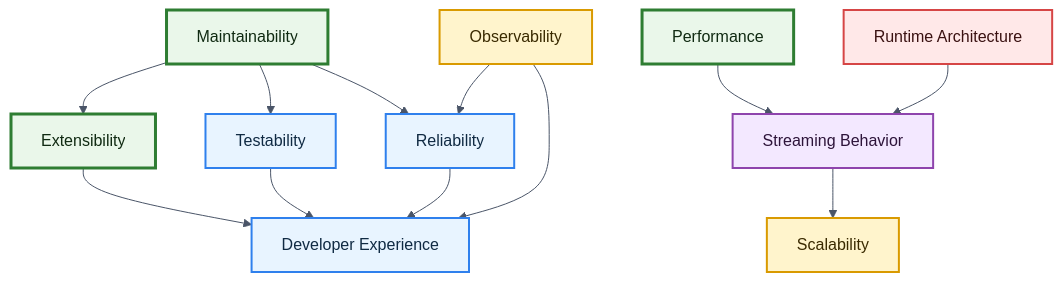
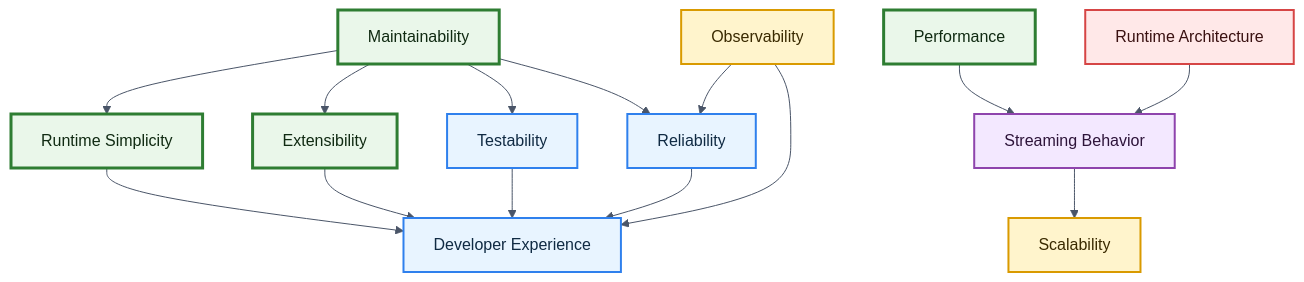
One commit to namanSR-dev/voxcore changed the second of 2 diagrams in docs/02-system-architecture/02-quality-attributes.md. Above: the diagram before and after it, drawn with Mermaid. The commit also changed other lines of this file and 10 other files, not shown here.

Commit message:
docs(architecture): define VoxCore system architecture

````diff
--- a/docs/02-system-architecture/02-quality-attributes.md
+++ b/docs/02-system-architecture/02-quality-attributes.md
@@ -259,34 +327,37 @@
 ```mermaid
 %%{init: {"theme": "base", "themeVariables": {"primaryColor": "#F7FAFC", "primaryTextColor": "#102A43", "primaryBorderColor": "#4A5568", "lineColor": "#4A5568", "fontFamily": "Inter, Segoe UI, Arial"}}}%%
 flowchart TD
     maintainability["Maintainability"]:::critical
     extensibility["Extensibility"]:::critical
     testability["Testability"]:::high
     reliability["Reliability"]:::high
     developerExperience["Developer Experience"]:::high
+    runtimeSimplicity["Runtime Simplicity"]:::critical
 
     performance["Performance"]:::critical
     streaming["Streaming Behavior"]:::bridge
     scalability["Scalability"]:::medium
     runtimeArchitecture["Runtime Architecture"]:::runtime
     observability["Observability"]:::medium
 
     maintainability --> extensibility
     maintainability --> testability
     maintainability --> reliability
+    maintainability --> runtimeSimplicity
+    runtimeSimplicity --> developerExperience
     extensibility --> developerExperience
     testability --> developerExperience
     reliability --> developerExperience
 
     performance --> streaming
     streaming --> scalability
     runtimeArchitecture --> streaming
     observability --> reliability
     observability --> developerExperience
 
     classDef critical fill:#EAF7EA,stroke:#2E7D32,color:#102A12,stroke-width:3px;
     classDef high fill:#E8F4FF,stroke:#2F80ED,color:#102A43,stroke-width:2px;
     classDef medium fill:#FFF4CC,stroke:#D99A00,color:#3A2A00,stroke-width:2px;
     classDef bridge fill:#F3E8FF,stroke:#8E44AD,color:#2D143A,stroke-width:2px;
     classDef runtime fill:#FFE8E8,stroke:#D64545,color:#3A1111,stroke-width:2px;
 ```
````
